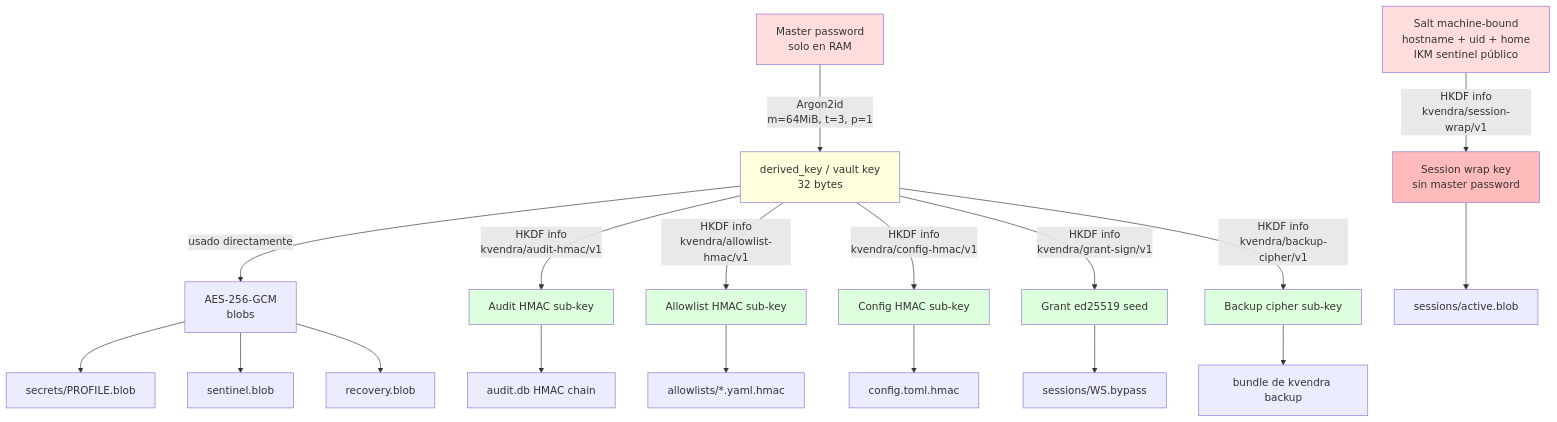
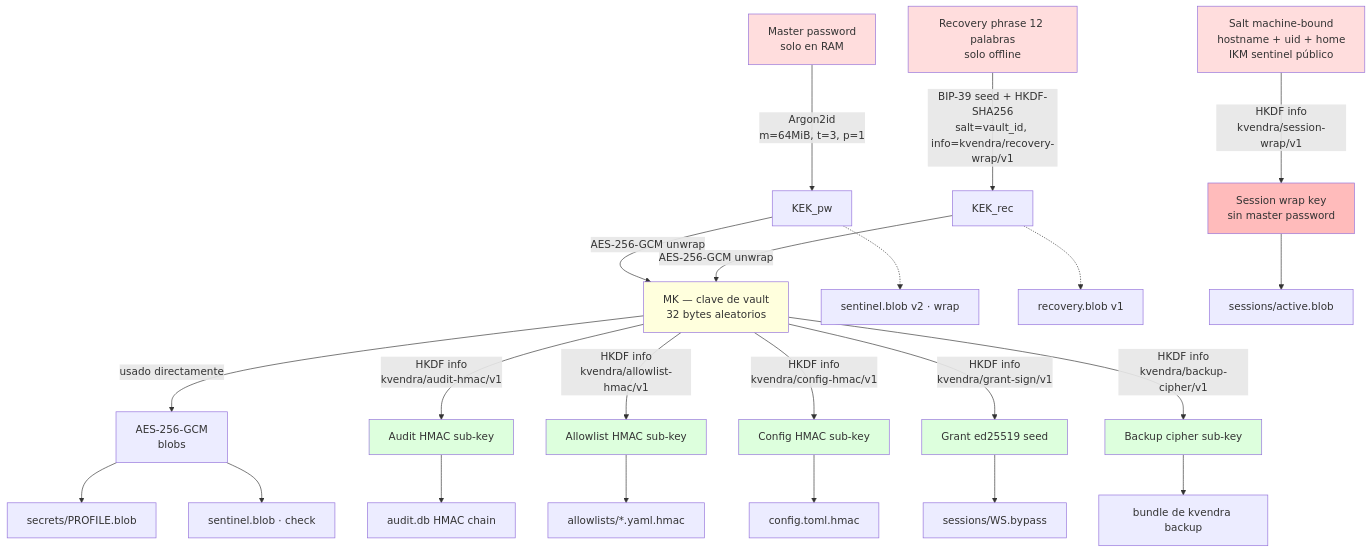
One commit to KvendraAI/kvendra-cli changed the diagram in docs/manual-kvendra-cli/12-vault-criptografia.md. Above: the diagram before and after it, drawn with Mermaid. The commit also changed other lines of this file and 22 other files, not shown here.

First line of the commit message:
docs(recovery): align docs and comments with 0.9.0 phrase recovery (ISSUE-KVD-CLI-6C54C7)

````diff
--- a/docs/manual-kvendra-cli/12-vault-criptografia.md
+++ b/docs/manual-kvendra-cli/12-vault-criptografia.md
@@ -72,32 +75,37 @@
 ```mermaid
 graph TD
-    Pwd[Master password<br/>solo en RAM] -->|Argon2id<br/>m=64MiB, t=3, p=1| Derived[derived_key / vault key<br/>32 bytes]
+    Pwd[Master password<br/>solo en RAM] -->|Argon2id<br/>m=64MiB, t=3, p=1| KEKpw[KEK_pw]
+    Phrase[Recovery phrase 12 palabras<br/>solo offline] -->|BIP-39 seed + HKDF-SHA256<br/>salt=vault_id, info=kvendra/recovery-wrap/v1| KEKrec[KEK_rec]
+    KEKpw -->|AES-256-GCM unwrap| Derived[MK — clave de vault<br/>32 bytes aleatorios]
+    KEKrec -->|AES-256-GCM unwrap| Derived
+    KEKpw -.-> Sent[sentinel.blob v2 · wrap]
+    KEKrec -.-> Rec[recovery.blob v1]
     Derived -->|usado directamente| AES[AES-256-GCM<br/>blobs]
     Derived -->|HKDF info<br/>kvendra/audit-hmac/v1| AuditKey[Audit HMAC sub-key]
     Derived -->|HKDF info<br/>kvendra/allowlist-hmac/v1| AllowKey[Allowlist HMAC sub-key]
     Derived -->|HKDF info<br/>kvendra/config-hmac/v1| ConfigKey[Config HMAC sub-key]
     Derived -->|HKDF info<br/>kvendra/grant-sign/v1| GrantKey[Grant ed25519 seed]
     Derived -->|HKDF info<br/>kvendra/backup-cipher/v1| BackupKey[Backup cipher sub-key]
 
     Machine[Salt machine-bound<br/>hostname + uid + home<br/>IKM sentinel público] -->|HKDF info<br/>kvendra/session-wrap/v1| WrapKey[Session wrap key<br/>sin master password]
 
     AES --> Blob1[secrets/PROFILE.blob]
-    AES --> Blob2[sentinel.blob]
-    AES --> Blob3[recovery.blob]
+    AES --> Blob2[sentinel.blob · check]
     AuditKey --> Audit[audit.db HMAC chain]
     AllowKey --> Allow[allowlists/*.yaml.hmac]
     ConfigKey --> Config[config.toml.hmac]
     GrantKey --> Grant[sessions/WS.bypass]
     BackupKey --> Backup[bundle de kvendra backup]
     WrapKey --> Session[sessions/active.blob]
 
     style Pwd fill:#fdd
+    style Phrase fill:#fdd
     style Derived fill:#ffd
     style Machine fill:#fdd
     style WrapKey fill:#fbb
     style AuditKey fill:#dfd
     style AllowKey fill:#dfd
     style ConfigKey fill:#dfd
     style GrantKey fill:#dfd
     style BackupKey fill:#dfd
 ```
````
